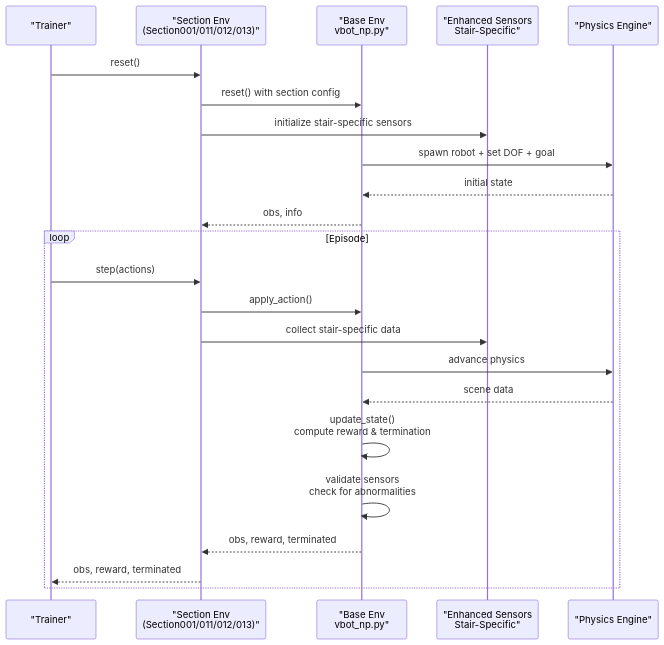
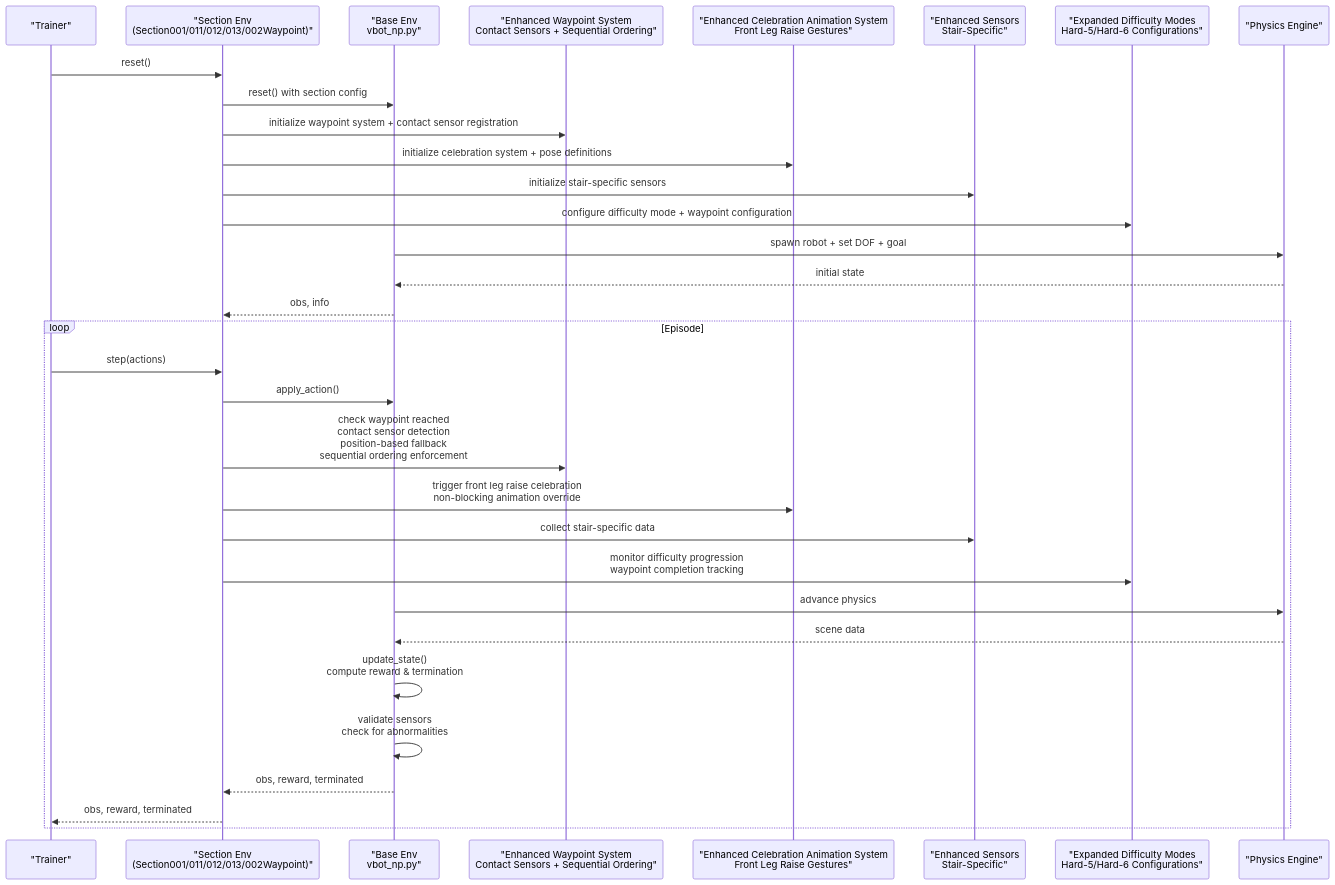
One commit to jayjayhust/MotrixLab changed the second of 12 diagrams in .qoder/repowiki/en/content/Navigation Environments/VBot Navigation/Track Sections.md. Above: the diagram before and after it, drawn with Mermaid. The commit also changed other lines of this file and 27 other files, not shown here.

````diff
--- a/.qoder/repowiki/en/content/Navigation Environments/VBot Navigation/Track Sections.md
+++ b/.qoder/repowiki/en/content/Navigation Environments/VBot Navigation/Track Sections.md
@@ -179,25 +211,34 @@
 ```mermaid
 sequenceDiagram
 participant Trainer as "Trainer"
-participant Env as "Section Env<br/>(Section001/011/012/013)"
+participant Env as "Section Env<br/>(Section001/011/012/013/002Waypoint)"
 participant Base as "Base Env<br/>vbot_np.py"
+participant WaypointSys as "Enhanced Waypoint System<br/>Contact Sensors + Sequential Ordering"
+participant CelebrationSys as "Enhanced Celebration Animation System<br/>Front Leg Raise Gestures"
 participant Sensors as "Enhanced Sensors<br/>Stair-Specific"
+participant DifficultyMode as "Expanded Difficulty Modes<br/>Hard-5/Hard-6 Configurations"
 participant Sim as "Physics Engine"
 Trainer->>Env : reset()
 Env->>Base : reset() with section config
+Env->>WaypointSys : initialize waypoint system + contact sensor registration
+Env->>CelebrationSys : initialize celebration system + pose definitions
 Env->>Sensors : initialize stair-specific sensors
+Env->>DifficultyMode : configure difficulty mode + waypoint configuration
 Base->>Sim : spawn robot + set DOF + goal
 Sim-->>Base : initial state
 Base-->>Env : obs, info
 loop Episode
 Trainer->>Env : step(actions)
 Env->>Base : apply_action()
+Env->>WaypointSys : check waypoint reached<br/>contact sensor detection<br/>position-based fallback<br/>sequential ordering enforcement
+Env->>CelebrationSys : trigger front leg raise celebration<br/>non-blocking animation override
 Env->>Sensors : collect stair-specific data
+Env->>DifficultyMode : monitor difficulty progression<br/>waypoint completion tracking
 Base->>Sim : advance physics
 Sim-->>Base : scene data
 Base->>Base : update_state()<br/>compute reward & termination
 Base->>Base : validate sensors<br/>check for abnormalities
 Base-->>Env : obs, reward, terminated
 Env-->>Trainer : obs, reward, terminated
 end
 ```
````
